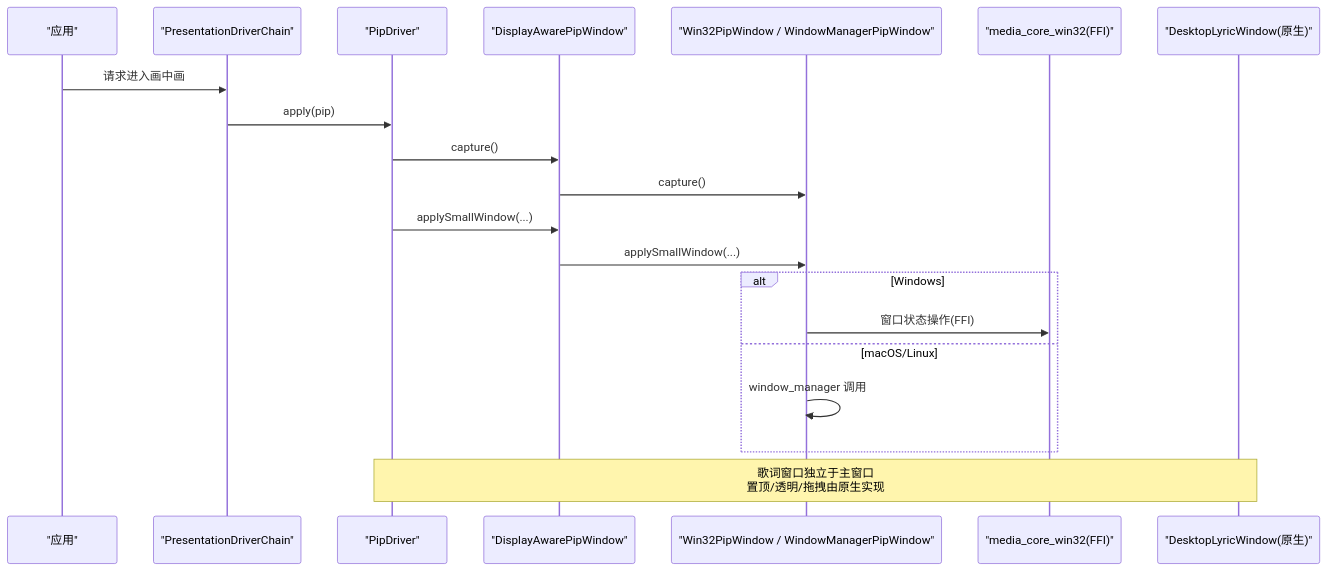
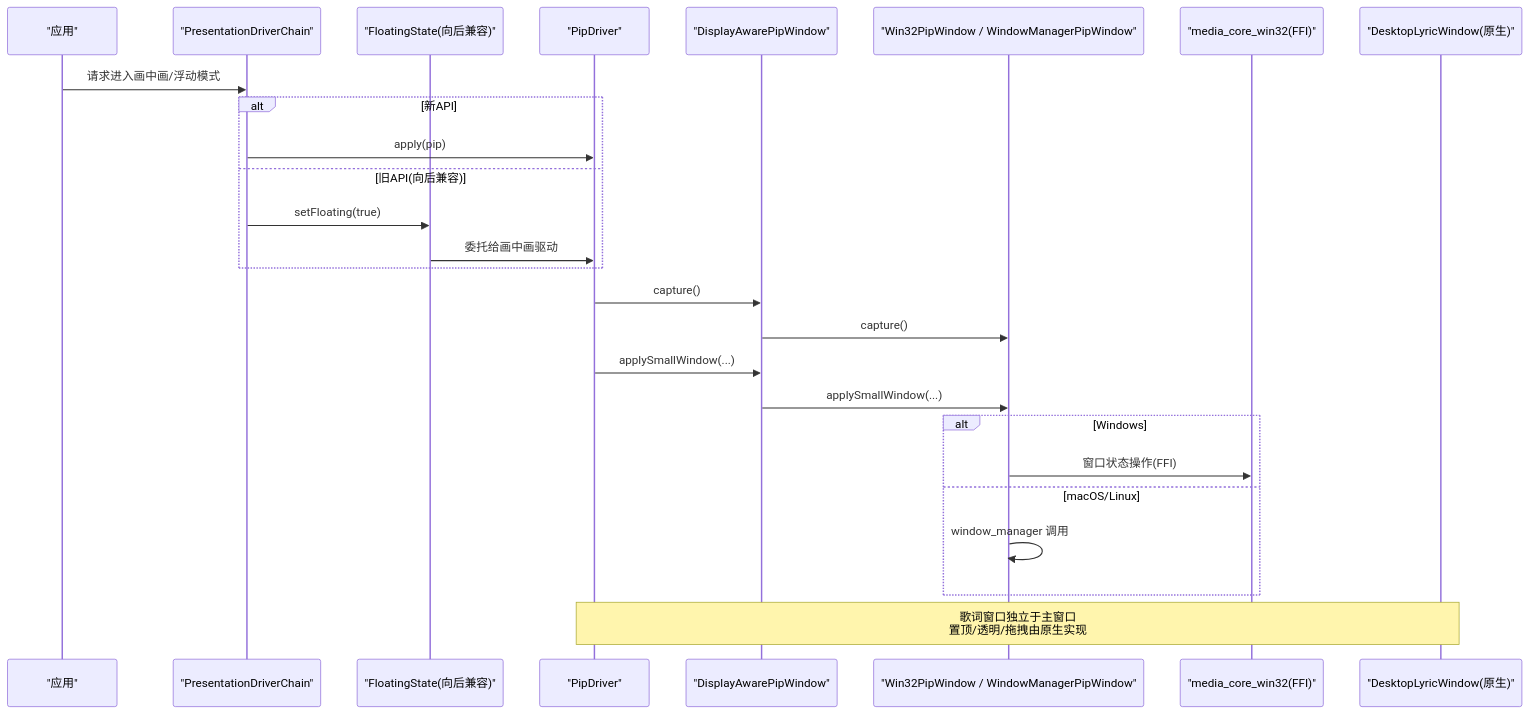
The second of 7 diagrams in .qoder/repowiki/zh/content/系统集成/桌面特性支持/桌面特性支持.md (SSSherlocked/media_core), drawn with Mermaid before and after one commit. The commit also changed other lines of this file and 6 other files, not shown here.

````diff
--- a/.qoder/repowiki/zh/content/系统集成/桌面特性支持/桌面特性支持.md
+++ b/.qoder/repowiki/zh/content/系统集成/桌面特性支持/桌面特性支持.md
@@ -109,22 +119,28 @@
 ```mermaid
 sequenceDiagram
 participant App as "应用"
 participant Chain as "PresentationDriverChain"
+participant Floating as "FloatingState(向后兼容)"
 participant Driver as "PipDriver"
 participant Policy as "DisplayAwarePipWindow"
 participant Backend as "Win32PipWindow / WindowManagerPipWindow"
 participant Win32 as "media_core_win32(FFI)"
 participant Lyric as "DesktopLyricWindow(原生)"
-App->>Chain : 请求进入画中画
+App->>Chain : 请求进入画中画/浮动模式
+alt 新API
 Chain->>Driver : apply(pip)
+else 旧API(向后兼容)
+Chain->>Floating : setFloating(true)
+Floating->>Driver : 委托给画中画驱动
+end
 Driver->>Policy : capture()
 Policy->>Backend : capture()
 Driver->>Policy : applySmallWindow(...)
 Policy->>Backend : applySmallWindow(...)
 alt Windows
 Backend->>Win32 : 窗口状态操作(FFI)
 else macOS/Linux
 Backend->>Backend : window_manager 调用
 end
 Note over Driver,Lyric : 歌词窗口独立于主窗口<br/>置顶/透明/拖拽由原生实现
 ```
````
